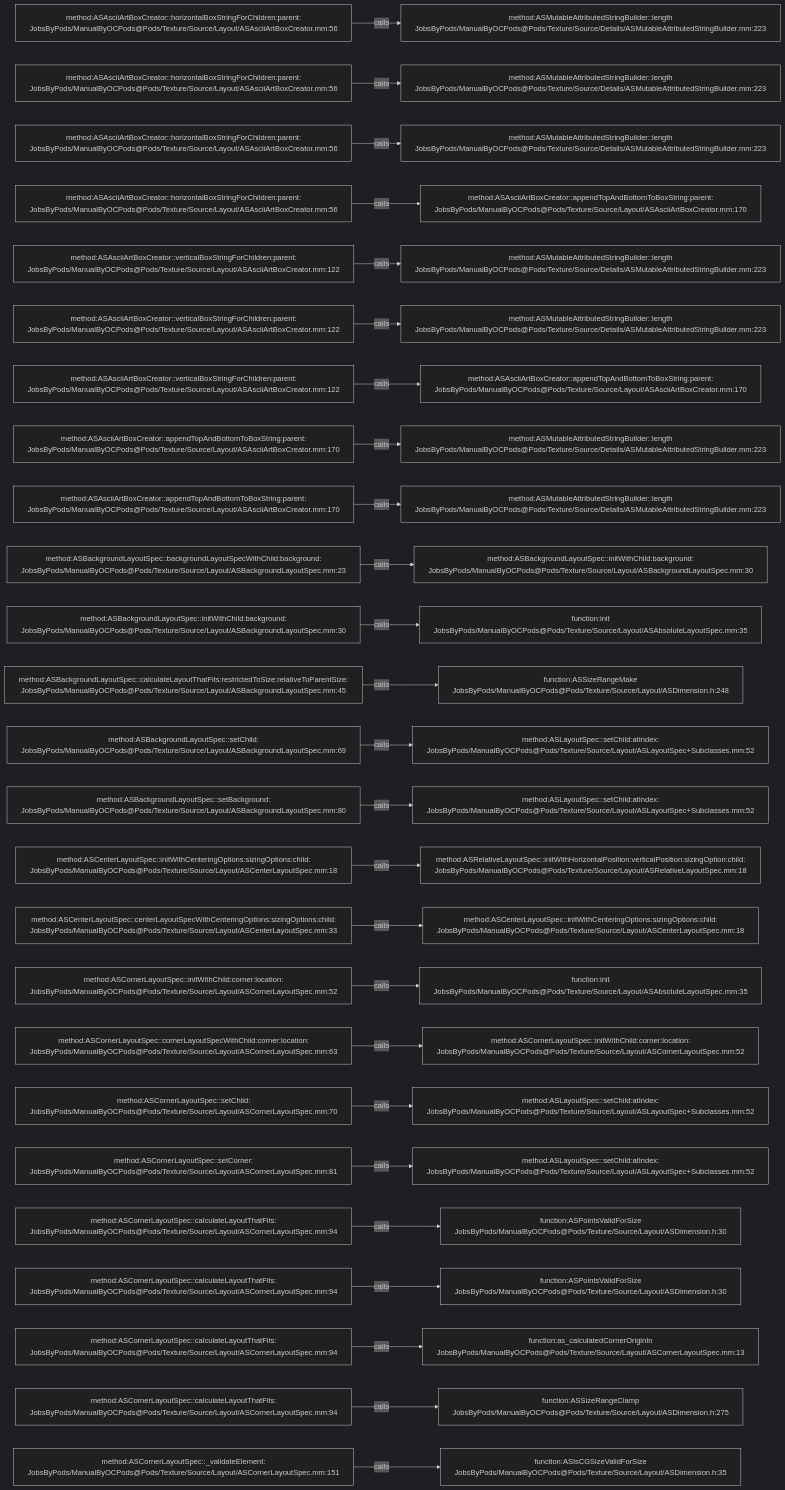
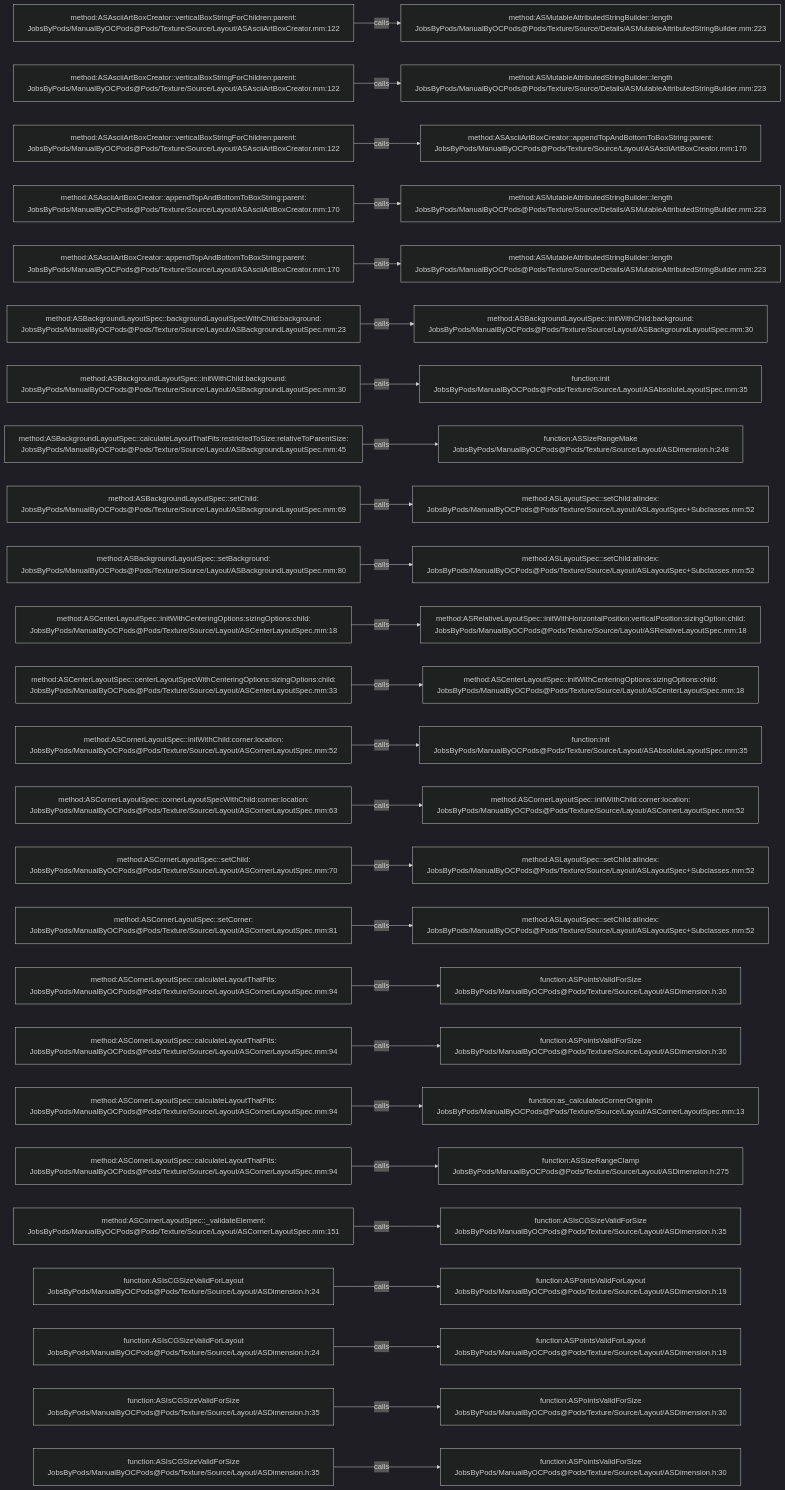
One commit to JobsKits/JobsOCBaseConfigDemo changed the diagram in .codegraph/codegraph.md/graphs/calls-173.md. Above: the diagram before and after it, drawn with Mermaid (dark theme). The commit also changed 727 other files, not shown here.

````diff
--- a/.codegraph/codegraph.md/graphs/calls-173.md
+++ b/.codegraph/codegraph.md/graphs/calls-173.md
@@ -13,78 +13,78 @@
 ```mermaid
 flowchart LR
-  S1["method:ASAsciiArtBoxCreator::horizontalBoxStringForChildren:parent:<br/>JobsByPods/ManualByOCPods@Pods/Texture/Source/Layout/ASAsciiArtBoxCreator.mm:56"]
+  S1["method:ASAsciiArtBoxCreator::verticalBoxStringForChildren:parent:<br/>JobsByPods/ManualByOCPods@Pods/Texture/Source/Layout/ASAsciiArtBoxCreator.mm:122"]
   T1["method:ASMutableAttributedStringBuilder::length<br/>JobsByPods/ManualByOCPods@Pods/Texture/Source/Details/ASMutableAttributedStringBuilder.mm:223"]
   S1 -->|calls| T1
-  S2["method:ASAsciiArtBoxCreator::horizontalBoxStringForChildren:parent:<br/>JobsByPods/ManualByOCPods@Pods/Texture/Source/Layout/ASAsciiArtBoxCreator.mm:56"]
+  S2["method:ASAsciiArtBoxCreator::verticalBoxStringForChildren:parent:<br/>JobsByPods/ManualByOCPods@Pods/Texture/Source/Layout/ASAsciiArtBoxCreator.mm:122"]
   T2["method:ASMutableAttributedStringBuilder::length<br/>JobsByPods/ManualByOCPods@Pods/Texture/Source/Details/ASMutableAttributedStringBuilder.mm:223"]
   S2 -->|calls| T2
-  S3["method:ASAsciiArtBoxCreator::horizontalBoxStringForChildren:parent:<br/>JobsByPods/ManualByOCPods@Pods/Texture/Source/Layout/ASAsciiArtBoxCreator.mm:56"]
-  T3["method:ASMutableAttributedStringBuilder::length<br/>JobsByPods/ManualByOCPods@Pods/Texture/Source/Details/ASMutableAttributedStringBuilder.mm:223"]
+  S3["method:ASAsciiArtBoxCreator::verticalBoxStringForChildren:parent:<br/>JobsByPods/ManualByOCPods@Pods/Texture/Source/Layout/ASAsciiArtBoxCreator.mm:122"]
+  T3["method:ASAsciiArtBoxCreator::appendTopAndBottomToBoxString:parent:<br/>JobsByPods/ManualByOCPods@Pods/Texture/Source/Layout/ASAsciiArtBoxCreator.mm:170"]
   S3 -->|calls| T3
-  S4["method:ASAsciiArtBoxCreator::horizontalBoxStringForChildren:parent:<br/>JobsByPods/ManualByOCPods@Pods/Texture/Source/Layout/ASAsciiArtBoxCreator.mm:56"]
-  T4["method:ASAsciiArtBoxCreator::appendTopAndBottomToBoxString:parent:<br/>JobsByPods/ManualByOCPods@Pods/Texture/Source/Layout/ASAsciiArtBoxCreator.mm:170"]
+  S4["method:ASAsciiArtBoxCreator::appendTopAndBottomToBoxString:parent:<br/>JobsByPods/ManualByOCPods@Pods/Texture/Source/Layout/ASAsciiArtBoxCreator.mm:170"]
+  T4["method:ASMutableAttributedStringBuilder::length<br/>JobsByPods/ManualByOCPods@Pods/Texture/Source/Details/ASMutableAttributedStringBuilder.mm:223"]
   S4 -->|calls| T4
-  S5["method:ASAsciiArtBoxCreator::verticalBoxStringForChildren:parent:<br/>JobsByPods/ManualByOCPods@Pods/Texture/Source/Layout/ASAsciiArtBoxCreator.mm:122"]
+  S5["method:ASAsciiArtBoxCreator::appendTopAndBottomToBoxString:parent:<br/>JobsByPods/ManualByOCPods@Pods/Texture/Source/Layout/ASAsciiArtBoxCreator.mm:170"]
   T5["method:ASMutableAttributedStringBuilder::length<br/>JobsByPods/ManualByOCPods@Pods/Texture/Source/Details/ASMutableAttributedStringBuilder.mm:223"]
   S5 -->|calls| T5
-  S6["method:ASAsciiArtBoxCreator::verticalBoxStringForChildren:parent:<br/>JobsByPods/ManualByOCPods@Pods/Texture/Source/Layout/ASAsciiArtBoxCreator.mm:122"]
-  T6["method:ASMutableAttributedStringBuilder::length<br/>JobsByPods/ManualByOCPods@Pods/Texture/Source/Details/ASMutableAttributedStringBuilder.mm:223"]
+  S6["method:ASBackgroundLayoutSpec::backgroundLayoutSpecWithChild:background:<br/>JobsByPods/ManualByOCPods@Pods/Texture/Source/Layout/ASBackgroundLayoutSpec.mm:23"]
+  T6["method:ASBackgroundLayoutSpec::initWithChild:background:<br/>JobsByPods/ManualByOCPods@Pods/Texture/Source/Layout/ASBackgroundLayoutSpec.mm:30"]
   S6 -->|calls| T6
-  S7["method:ASAsciiArtBoxCreator::verticalBoxStringForChildren:parent:<br/>JobsByPods/ManualByOCPods@Pods/Texture/Source/Layout/ASAsciiArtBoxCreator.mm:122"]
-  T7["method:ASAsciiArtBoxCreator::appendTopAndBottomToBoxString:parent:<br/>JobsByPods/ManualByOCPods@Pods/Texture/Source/Layout/ASAsciiArtBoxCreator.mm:170"]
+  S7["method:ASBackgroundLayoutSpec::initWithChild:background:<br/>JobsByPods/ManualByOCPods@Pods/Texture/Source/Layout/ASBackgroundLayoutSpec.mm:30"]
+  T7["function:init<br/>JobsByPods/ManualByOCPods@Pods/Texture/Source/Layout/ASAbsoluteLayoutSpec.mm:35"]
   S7 -->|calls| T7
-  S8["method:ASAsciiArtBoxCreator::appendTopAndBottomToBoxString:parent:<br/>JobsByPods/ManualByOCPods@Pods/Texture/Source/Layout/ASAsciiArtBoxCreator.mm:170"]
-  T8["method:ASMutableAttributedStringBuilder::length<br/>JobsByPods/ManualByOCPods@Pods/Texture/Source/Details/ASMutableAttributedStringBuilder.mm:223"]
+  S8["method:ASBackgroundLayoutSpec::calculateLayoutThatFits:restrictedToSize:relativeToParentSize:<br/>JobsByPods/ManualByOCPods@Pods/Texture/Source/Layout/ASBackgroundLayoutSpec.mm:45"]
+  T8["function:ASSizeRangeMake<br/>JobsByPods/ManualByOCPods@Pods/Texture/Source/Layout/ASDimension.h:248"]
   S8 -->|calls| T8
-  S9["method:ASAsciiArtBoxCreator::appendTopAndBottomToBoxString:parent:<br/>JobsByPods/ManualByOCPods@Pods/Texture/Source/Layout/ASAsciiArtBoxCreator.mm:170"]
-  T9["method:ASMutableAttributedStringBuilder::length<br/>JobsByPods/ManualByOCPods@Pods/Texture/Source/Details/ASMutableAttributedStringBuilder.mm:223"]
+  S9["method:ASBackgroundLayoutSpec::setChild:<br/>JobsByPods/ManualByOCPods@Pods/Texture/Source/Layout/ASBackgroundLayoutSpec.mm:69"]
+  T9["method:ASLayoutSpec::setChild:atIndex:<br/>JobsByPods/ManualByOCPods@Pods/Texture/Source/Layout/ASLayoutSpec+Subclasses.mm:52"]
   S9 -->|calls| T9
-  S10["method:ASBackgroundLayoutSpec::backgroundLayoutSpecWithChild:background:<br/>JobsByPods/ManualByOCPods@Pods/Texture/Source/Layout/ASBackgroundLayoutSpec.mm:23"]
-  T10["method:ASBackgroundLayoutSpec::initWithChild:background:<br/>JobsByPods/ManualByOCPods@Pods/Texture/Source/Layout/ASBackgroundLayoutSpec.mm:30"]
+  S10["method:ASBackgroundLayoutSpec::setBackground:<br/>JobsByPods/ManualByOCPods@Pods/Texture/Source/Layout/ASBackgroundLayoutSpec.mm:80"]
+  T10["method:ASLayoutSpec::setChild:atIndex:<br/>JobsByPods/ManualByOCPods@Pods/Texture/Source/Layout/ASLayoutSpec+Subclasses.mm:52"]
   S10 -->|calls| T10
-  S11["method:ASBackgroundLayoutSpec::initWithChild:background:<br/>JobsByPods/ManualByOCPods@Pods/Texture/Source/Layout/ASBackgroundLayoutSpec.mm:30"]
-  T11["function:init<br/>JobsByPods/ManualByOCPods@Pods/Texture/Source/Layout/ASAbsoluteLayoutSpec.mm:35"]
+  S11["method:ASCenterLayoutSpec::initWithCenteringOptions:sizingOptions:child:<br/>JobsByPods/ManualByOCPods@Pods/Texture/Source/Layout/ASCenterLayoutSpec.mm:18"]
+  T11["method:ASRelativeLayoutSpec::initWithHorizontalPosition:verticalPosition:sizingOption:child:<br/>JobsByPods/ManualByOCPods@Pods/Texture/Source/Layout/ASRelativeLayoutSpec.mm:18"]
   S11 -->|calls| T11
-  S12["method:ASBackgroundLayoutSpec::calculateLayoutThatFits:restrictedToSize:relativeToParentSize:<br/>JobsByPods/ManualByOCPods@Pods/Texture/Source/Layout/ASBackgroundLayoutSpec.mm:45"]
-  T12["function:ASSizeRangeMake<br/>JobsByPods/ManualByOCPods@Pods/Texture/Source/Layout/ASDimension.h:248"]
+  S12["method:ASCenterLayoutSpec::centerLayoutSpecWithCenteringOptions:sizingOptions:child:<br/>JobsByPods/ManualByOCPods@Pods/Texture/Source/Layout/ASCenterLayoutSpec.mm:33"]
+  T12["method:ASCenterLayoutSpec::initWithCenteringOptions:sizingOptions:child:<br/>JobsByPods/ManualByOCPods@Pods/Texture/Source/Layout/ASCenterLayoutSpec.mm:18"]
   S12 -->|calls| T12
-  S13["method:ASBackgroundLayoutSpec::setChild:<br/>JobsByPods/ManualByOCPods@Pods/Texture/Source/Layout/ASBackgroundLayoutSpec.mm:69"]
-  T13["method:ASLayoutSpec::setChild:atIndex:<br/>JobsByPods/ManualByOCPods@Pods/Texture/Source/Layout/ASLayoutSpec+Subclasses.mm:52"]
+  S13["method:ASCornerLayoutSpec::initWithChild:corner:location:<br/>JobsByPods/ManualByOCPods@Pods/Texture/Source/Layout/ASCornerLayoutSpec.mm:52"]
+  T13["function:init<br/>JobsByPods/ManualByOCPods@Pods/Texture/Source/Layout/ASAbsoluteLayoutSpec.mm:35"]
   S13 -->|calls| T13
-  S14["method:ASBackgroundLayoutSpec::setBackground:<br/>JobsByPods/ManualByOCPods@Pods/Texture/Source/Layout/ASBackgroundLayoutSpec.mm:80"]
-  T14["method:ASLayoutSpec::setChild:atIndex:<br/>JobsByPods/ManualByOCPods@Pods/Texture/Source/Layout/ASLayoutSpec+Subclasses.mm:52"]
+  S14["method:ASCornerLayoutSpec::cornerLayoutSpecWithChild:corner:location:<br/>JobsByPods/ManualByOCPods@Pods/Texture/Source/Layout/ASCornerLayoutSpec.mm:63"]
+  T14["method:ASCornerLayoutSpec::initWithChild:corner:location:<br/>JobsByPods/ManualByOCPods@Pods/Texture/Source/Layout/ASCornerLayoutSpec.mm:52"]
   S14 -->|calls| T14
-  S15["method:ASCenterLayoutSpec::initWithCenteringOptions:sizingOptions:child:<br/>JobsByPods/ManualByOCPods@Pods/Texture/Source/Layout/ASCenterLayoutSpec.mm:18"]
-  T15["method:ASRelativeLayoutSpec::initWithHorizontalPosition:verticalPosition:sizingOption:child:<br/>JobsByPods/ManualByOCPods@Pods/Texture/Source/Layout/ASRelativeLayoutSpec.mm:18"]
+  S15["method:ASCornerLayoutSpec::setChild:<br/>JobsByPods/ManualByOCPods@Pods/Texture/Source/Layout/ASCornerLayoutSpec.mm:70"]
+  T15["method:ASLayoutSpec::setChild:atIndex:<br/>JobsByPods/ManualByOCPods@Pods/Texture/Source/Layout/ASLayoutSpec+Subclasses.mm:52"]
   S15 -->|calls| T15
-  S16["method:ASCenterLayoutSpec::centerLayoutSpecWithCenteringOptions:sizingOptions:child:<br/>JobsByPods/ManualByOCPods@Pods/Texture/Source/Layout/ASCenterLayoutSpec.mm:33"]
-  T16["method:ASCenterLayoutSpec::initWithCenteringOptions:sizingOptions:child:<br/>JobsByPods/ManualByOCPods@Pods/Texture/Source/Layout/ASCenterLayoutSpec.mm:18"]
+  S16["method:ASCornerLayoutSpec::setCorner:<br/>JobsByPods/ManualByOCPods@Pods/Texture/Source/Layout/ASCornerLayoutSpec.mm:81"]
+  T16["method:ASLayoutSpec::setChild:atIndex:<br/>JobsByPods/ManualByOCPods@Pods/Texture/Source/Layout/ASLayoutSpec+Subclasses.mm:52"]
   S16 -->|calls| T16
-  S17["method:ASCornerLayoutSpec::initWithChild:corner:location:<br/>JobsByPods/ManualByOCPods@Pods/Texture/Source/Layout/ASCornerLayoutSpec.mm:52"]
-  T17["function:init<br/>JobsByPods/ManualByOCPods@Pods/Texture/Source/Layout/ASAbsoluteLayoutSpec.mm:35"]
+  S17["method:ASCornerLayoutSpec::calculateLayoutThatFits:<br/>JobsByPods/ManualByOCPods@Pods/Texture/Source/Layout/ASCornerLayoutSpec.mm:94"]
+  T17["function:ASPointsValidForSize<br/>JobsByPods/ManualByOCPods@Pods/Texture/Source/Layout/ASDimension.h:30"]
   S17 -->|calls| T17
-  S18["method:ASCornerLayoutSpec::cornerLayoutSpecWithChild:corner:location:<br/>JobsByPods/ManualByOCPods@Pods/Texture/Source/Layout/ASCornerLayoutSpec.mm:63"]
-  T18["method:ASCornerLayoutSpec::initWithChild:corner:location:<br/>JobsByPods/ManualByOCPods@Pods/Texture/Source/Layout/ASCornerLayoutSpec.mm:52"]
+  S18["method:ASCornerLayoutSpec::calculateLayoutThatFits:<br/>JobsByPods/ManualByOCPods@Pods/Texture/Source/Layout/ASCornerLayoutSpec.mm:94"]
+  T18["function:ASPointsValidForSize<br/>JobsByPods/ManualByOCPods@Pods/Texture/Source/Layout/ASDimension.h:30"]
   S18 -->|calls| T18
-  S19["method:ASCornerLayoutSpec::setChild:<br/>JobsByPods/ManualByOCPods@Pods/Texture/Source/Layout/ASCornerLayoutSpec.mm:70"]
-  T19["method:ASLayoutSpec::setChild:atIndex:<br/>JobsByPods/ManualByOCPods@Pods/Texture/Source/Layout/ASLayoutSpec+Subclasses.mm:52"]
+  S19["method:ASCornerLayoutSpec::calculateLayoutThatFits:<br/>JobsByPods/ManualByOCPods@Pods/Texture/Source/Layout/ASCornerLayoutSpec.mm:94"]
+  T19["function:as_calculatedCornerOriginIn<br/>JobsByPods/ManualByOCPods@Pods/Texture/Source/Layout/ASCornerLayoutSpec.mm:13"]
   S19 -->|calls| T19
-  S20["method:ASCornerLayoutSpec::setCorner:<br/>JobsByPods/ManualByOCPods@Pods/Texture/Source/Layout/ASCornerLayoutSpec.mm:81"]
-  T20["method:ASLayoutSpec::setChild:atIndex:<br/>JobsByPods/ManualByOCPods@Pods/Texture/Source/Layout/ASLayoutSpec+Subclasses.mm:52"]
+  S20["method:ASCornerLayoutSpec::calculateLayoutThatFits:<br/>JobsByPods/ManualByOCPods@Pods/Texture/Source/Layout/ASCornerLayoutSpec.mm:94"]
+  T20["function:ASSizeRangeClamp<br/>JobsByPods/ManualByOCPods@Pods/Texture/Source/Layout/ASDimension.h:275"]
   S20 -->|calls| T20
-  S21["method:ASCornerLayoutSpec::calculateLayoutThatFits:<br/>JobsByPods/ManualByOCPods@Pods/Texture/Source/Layout/ASCornerLayoutSpec.mm:94"]
-  T21["function:ASPointsValidForSize<br/>JobsByPods/ManualByOCPods@Pods/Texture/Source/Layout/ASDimension.h:30"]
+  S21["method:ASCornerLayoutSpec::_validateElement:<br/>JobsByPods/ManualByOCPods@Pods/Texture/Source/Layout/ASCornerLayoutSpec.mm:151"]
+  T21["function:ASIsCGSizeValidForSize<br/>JobsByPods/ManualByOCPods@Pods/Texture/Source/Layout/ASDimension.h:35"]
   S21 -->|calls| T21
-  S22["method:ASCornerLayoutSpec::calculateLayoutThatFits:<br/>JobsByPods/ManualByOCPods@Pods/Texture/Source/Layout/ASCornerLayoutSpec.mm:94"]
-  T22["function:ASPointsValidForSize<br/>JobsByPods/ManualByOCPods@Pods/Texture/Source/Layout/ASDimension.h:30"]
+  S22["function:ASIsCGSizeValidForLayout<br/>JobsByPods/ManualByOCPods@Pods/Texture/Source/Layout/ASDimension.h:24"]
+  T22["function:ASPointsValidForLayout<br/>JobsByPods/ManualByOCPods@Pods/Texture/Source/Layout/ASDimension.h:19"]
   S22 -->|calls| T22
-  S23["method:ASCornerLayoutSpec::calculateLayoutThatFits:<br/>JobsByPods/ManualByOCPods@Pods/Texture/Source/Layout/ASCornerLayoutSpec.mm:94"]
-  T23["function:as_calculatedCornerOriginIn<br/>JobsByPods/ManualByOCPods@Pods/Texture/Source/Layout/ASCornerLayoutSpec.mm:13"]
+  S23["function:ASIsCGSizeValidForLayout<br/>JobsByPods/ManualByOCPods@Pods/Texture/Source/Layout/ASDimension.h:24"]
+  T23["function:ASPointsValidForLayout<br/>JobsByPods/ManualByOCPods@Pods/Texture/Source/Layout/ASDimension.h:19"]
   S23 -->|calls| T23
-  S24["method:ASCornerLayoutSpec::calculateLayoutThatFits:<br/>JobsByPods/ManualByOCPods@Pods/Texture/Source/Layout/ASCornerLayoutSpec.mm:94"]
-  T24["function:ASSizeRangeClamp<br/>JobsByPods/ManualByOCPods@Pods/Texture/Source/Layout/ASDimension.h:275"]
+  S24["function:ASIsCGSizeValidForSize<br/>JobsByPods/ManualByOCPods@Pods/Texture/Source/Layout/ASDimension.h:35"]
+  T24["function:ASPointsValidForSize<br/>JobsByPods/ManualByOCPods@Pods/Texture/Source/Layout/ASDimension.h:30"]
   S24 -->|calls| T24
-  S25["method:ASCornerLayoutSpec::_validateElement:<br/>JobsByPods/ManualByOCPods@Pods/Texture/Source/Layout/ASCornerLayoutSpec.mm:151"]
-  T25["function:ASIsCGSizeValidForSize<br/>JobsByPods/ManualByOCPods@Pods/Texture/Source/Layout/ASDimension.h:35"]
+  S25["function:ASIsCGSizeValidForSize<br/>JobsByPods/ManualByOCPods@Pods/Texture/Source/Layout/ASDimension.h:35"]
+  T25["function:ASPointsValidForSize<br/>JobsByPods/ManualByOCPods@Pods/Texture/Source/Layout/ASDimension.h:30"]
   S25 -->|calls| T25
 ```
````
